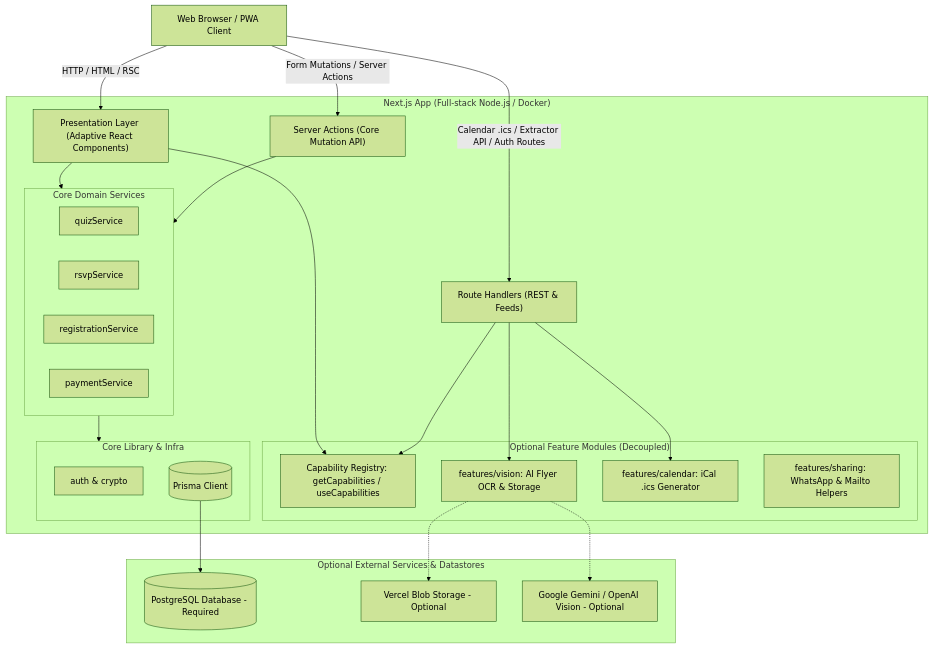
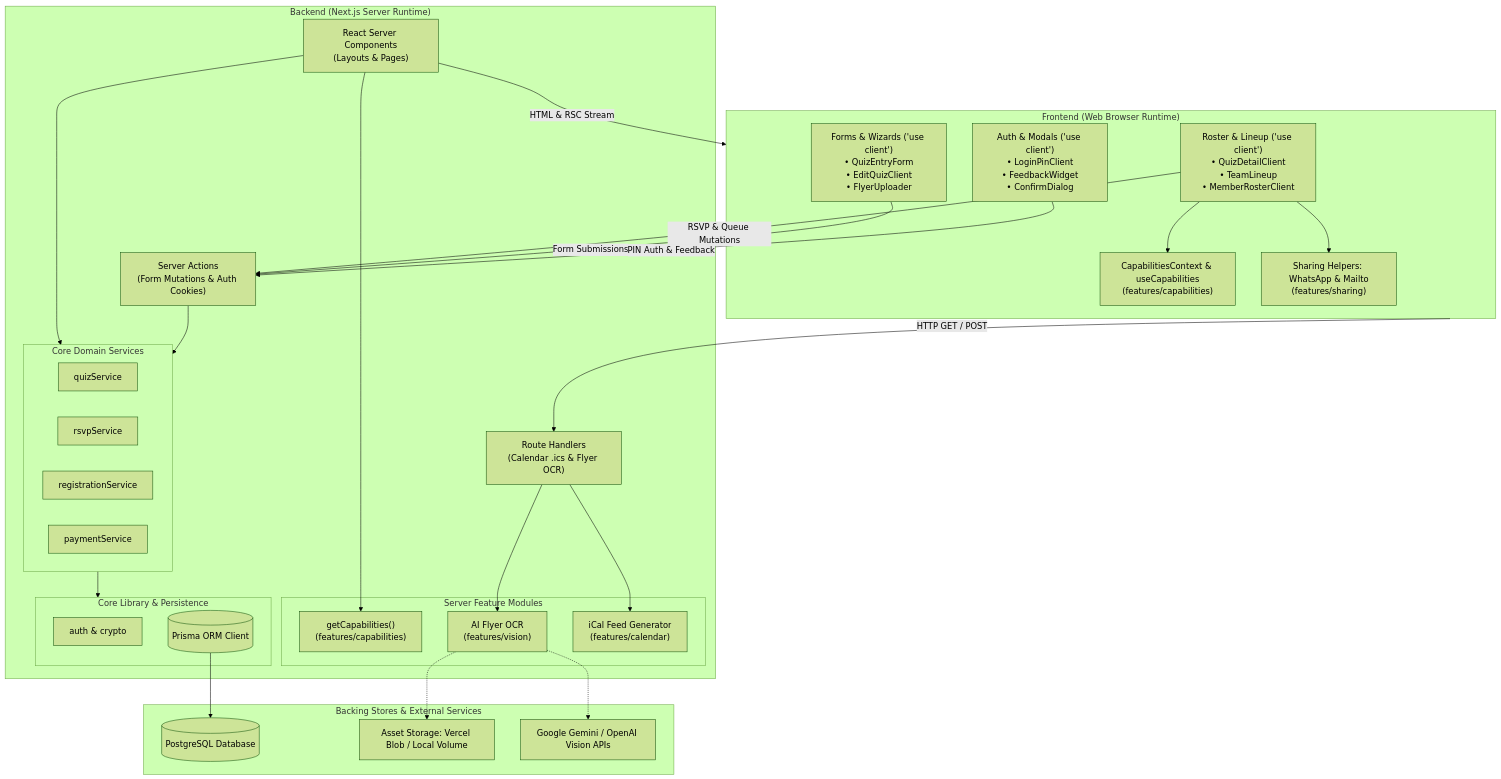
Before and after one commit to Controlix/be-quiz: the diagram in docs/architecture/overview.md, drawn with Mermaid (forest theme). The commit also changed other lines of this file and 5 other files, not shown here.

First line of the commit message:
docs: decouple architecture, deployment, and infrastructure documentation

````diff
--- a/docs/architecture/overview.md
+++ b/docs/architecture/overview.md
@@ -11,51 +14,62 @@
 ```mermaid
 graph TD
-    Client[Web Browser / PWA Client]
+    subgraph BrowserClient["Frontend (Web Browser Runtime)"]
+        LineupUI["Roster & Lineup ('use client')<br/>• QuizDetailClient<br/>• TeamLineup<br/>• MemberRosterClient"]
+        FormsUI["Forms & Wizards ('use client')<br/>• QuizEntryForm<br/>• EditQuizClient<br/>• FlyerUploader"]
+        AuthUI["Auth & Modals ('use client')<br/>• LoginPinClient<br/>• FeedbackWidget<br/>• ConfirmDialog"]
+        ClientCaps["CapabilitiesContext & useCapabilities<br/>(features/capabilities)"]
+        ShareMod["Sharing Helpers: WhatsApp & Mailto<br/>(features/sharing)"]
 
-    subgraph NextApp["Next.js App (Full-stack Node.js / Docker)"]
-        UI["Presentation Layer (Adaptive React Components)"]
-        Actions["Server Actions (Core Mutation API)"]
-        RouteHandlers["Route Handlers (REST & Feeds)"]
+        LineupUI --> ClientCaps
+        LineupUI --> ShareMod
+    end
+
+    subgraph NextServer["Backend (Next.js Server Runtime)"]
+        RSC["React Server Components<br/>(Layouts & Pages)"]
+        Actions["Server Actions<br/>(Form Mutations & Auth Cookies)"]
+        RouteHandlers["Route Handlers<br/>(Calendar .ics & Flyer OCR)"]
         
+        subgraph ServerFeatures["Server Feature Modules"]
+            ServerCaps["getCapabilities()<br/>(features/capabilities)"]
+            VisionMod["AI Flyer OCR<br/>(features/vision)"]
+            CalMod["iCal Feed Generator<br/>(features/calendar)"]
+        end
+
         subgraph CoreServices["Core Domain Services"]
             QuizService[quizService]
             RsvpService[rsvpService]
             RegService[registrationService]
             PayService[paymentService]
         end
 
-        subgraph FeatureModules["Optional Feature Modules (Decoupled)"]
-            Caps[Capability Registry: getCapabilities / useCapabilities]
-            VisionMod[features/vision: AI Flyer OCR & Storage]
-            CalMod[features/calendar: iCal .ics Generator]
-            ShareMod[features/sharing: WhatsApp & Mailto Helpers]
-        end
-
-        subgraph CoreLib["Core Library & Infra"]
+        subgraph CoreLib["Core Library & Persistence"]
             AuthLib[auth & crypto]
-            PrismaClient[(Prisma Client)]
+            PrismaClient[(Prisma ORM Client)]
         end
     end
 
-    subgraph External["Optional External Services & Datastores"]
-        Postgres[(PostgreSQL Database - Required)]
-        VercelBlob[Vercel Blob Storage - Optional]
-        AIModels[Google Gemini / OpenAI Vision - Optional]
+    subgraph DataAndExternal["Backing Stores & External Services"]
+        Postgres[(PostgreSQL Database)]
+        StorageTarget[Asset Storage: Vercel Blob / Local Volume]
+        AIModels[Google Gemini / OpenAI Vision APIs]
     end
 
-    Client -->|HTTP / HTML / RSC| UI
-    Client -->|Form Mutations / Server Actions| Actions
-    Client -->|Calendar .ics / Extractor API / Auth Routes| RouteHandlers
+    %% Network & Protocol Boundaries
+    RSC -->|HTML & RSC Stream| BrowserClient
+    LineupUI -->|RSVP & Queue Mutations| Actions
+    FormsUI -->|Form Submissions| Actions
+    AuthUI -->|PIN Auth & Feedback| Actions
+    BrowserClient -->|HTTP GET / POST| RouteHandlers
 
-    UI --> Caps
-    UI --> CoreServices
+    %% Internal Server Wiring
+    RSC --> ServerCaps
+    RSC --> CoreServices
     Actions --> CoreServices
-    RouteHandlers --> Caps
     RouteHandlers --> VisionMod
     RouteHandlers --> CalMod
 
     VisionMod -.-> AIModels
-    VisionMod -.-> VercelBlob
+    VisionMod -.-> StorageTarget
     CoreServices --> CoreLib
     PrismaClient --> Postgres
 ```
````
